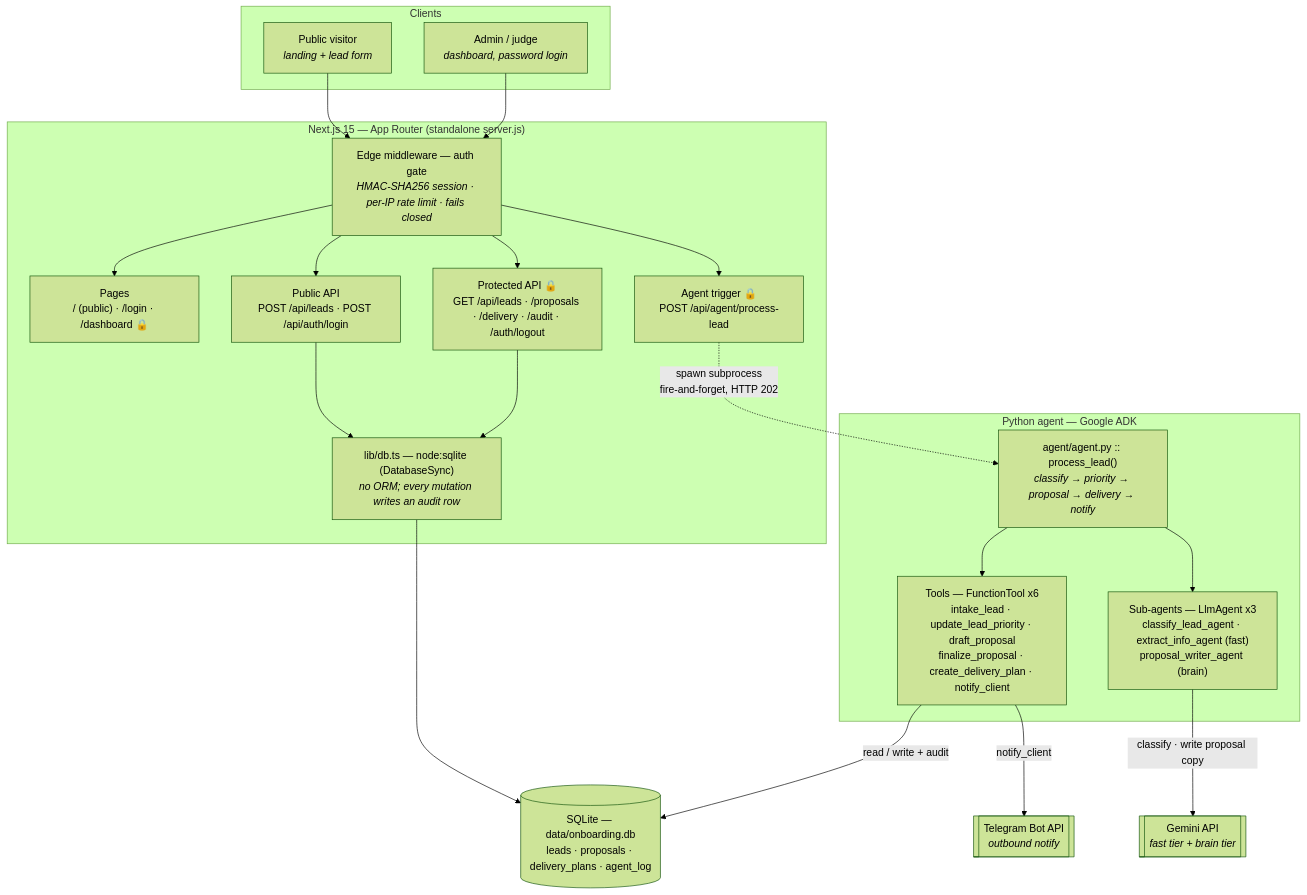
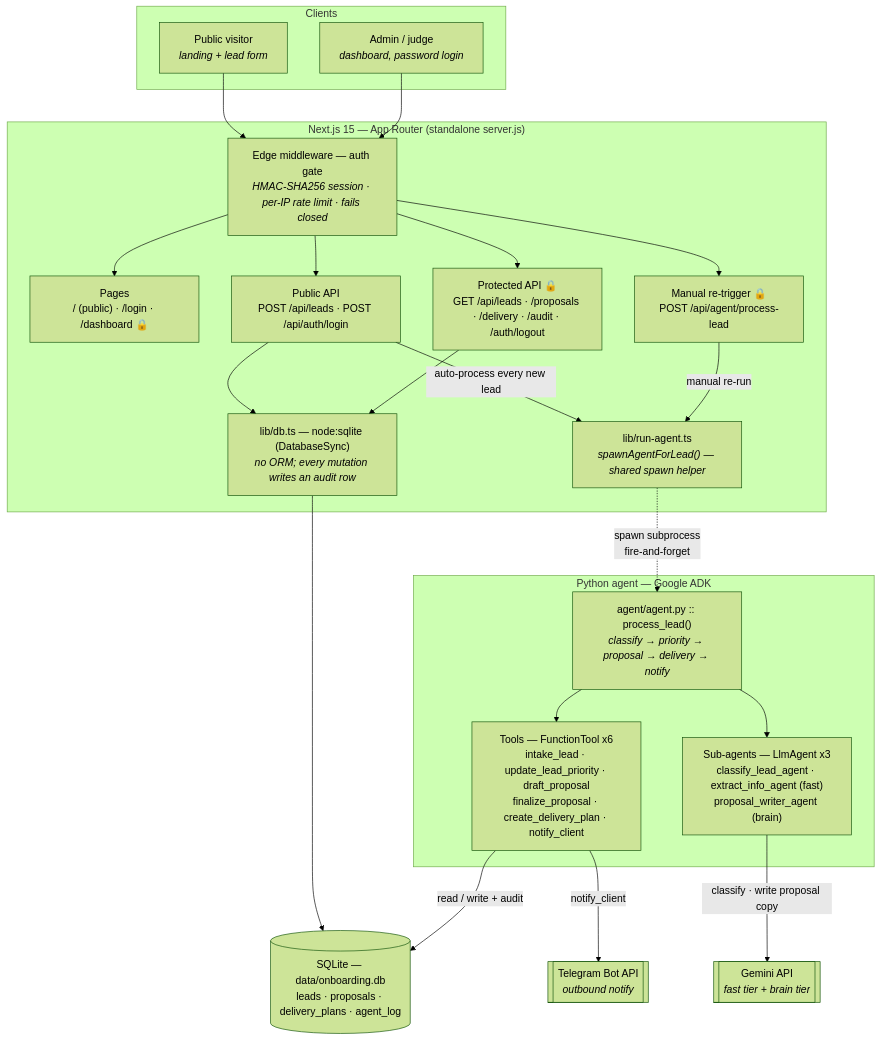
Before and after one commit to faraz-jb/client-onboarding-agent: the diagram in docs/architecture.md, drawn with Mermaid (forest theme). The commit also changed other lines of this file and 3 other files, not shown here.

First line of the commit message:
docs: sync architecture docs with auto-process-on-intake

````diff
--- a/docs/architecture.md
+++ b/docs/architecture.md
@@ -16,44 +16,47 @@
 ```mermaid
 flowchart TB
     subgraph clients["Clients"]
         visitor["Public visitor<br/><i>landing + lead form</i>"]
         admin["Admin / judge<br/><i>dashboard, password login</i>"]
     end
 
     subgraph next["Next.js 15 — App Router (standalone server.js)"]
         mw["Edge middleware — auth gate<br/><i>HMAC-SHA256 session · per-IP rate limit · fails closed</i>"]
         pages["Pages<br/>/ (public) · /login · /dashboard 🔒"]
         pubapi["Public API<br/>POST /api/leads · POST /api/auth/login"]
         protapi["Protected API 🔒<br/>GET /api/leads · /proposals · /delivery · /audit · /auth/logout"]
-        trigger["Agent trigger 🔒<br/>POST /api/agent/process-lead"]
+        trigger["Manual re-trigger 🔒<br/>POST /api/agent/process-lead"]
+        runagent["lib/run-agent.ts<br/><i>spawnAgentForLead() — shared spawn helper</i>"]
         dbts["lib/db.ts — node:sqlite (DatabaseSync)<br/><i>no ORM; every mutation writes an audit row</i>"]
     end
 
     subgraph agent["Python agent — Google ADK"]
         pipeline["agent/agent.py :: process_lead()<br/><i>classify → priority → proposal → delivery → notify</i>"]
         tools["Tools — FunctionTool x6<br/>intake_lead · update_lead_priority · draft_proposal<br/>finalize_proposal · create_delivery_plan · notify_client"]
         subagents["Sub-agents — LlmAgent x3<br/>classify_lead_agent · extract_info_agent (fast)<br/>proposal_writer_agent (brain)"]
     end
 
     gemini[["Gemini API<br/><i>fast tier + brain tier</i>"]]
     sqlite[("SQLite — data/onboarding.db<br/>leads · proposals · delivery_plans · agent_log")]
     telegram[["Telegram Bot API<br/><i>outbound notify</i>"]]
 
     visitor --> mw
     admin --> mw
     mw --> pages
     mw --> pubapi
     mw --> protapi
     mw --> trigger
 
     pubapi --> dbts
     protapi --> dbts
     dbts --> sqlite
 
-    trigger -.->|"spawn subprocess<br/>fire-and-forget, HTTP 202"| pipeline
+    pubapi -->|"auto-process every new lead"| runagent
+    trigger -->|"manual re-run"| runagent
+    runagent -.->|"spawn subprocess<br/>fire-and-forget"| pipeline
     pipeline --> tools
     pipeline --> subagents
     subagents -->|"classify · write proposal copy"| gemini
     tools -->|"read / write + audit"| sqlite
     tools -->|"notify_client"| telegram
 ```
````
